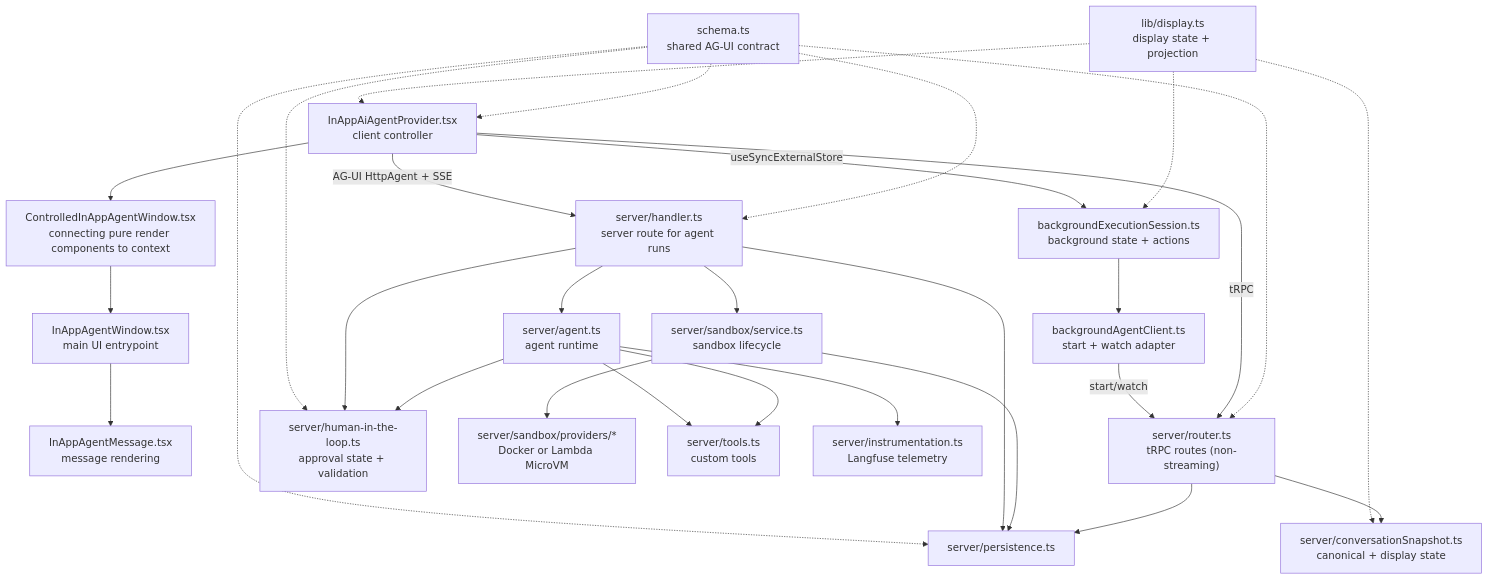
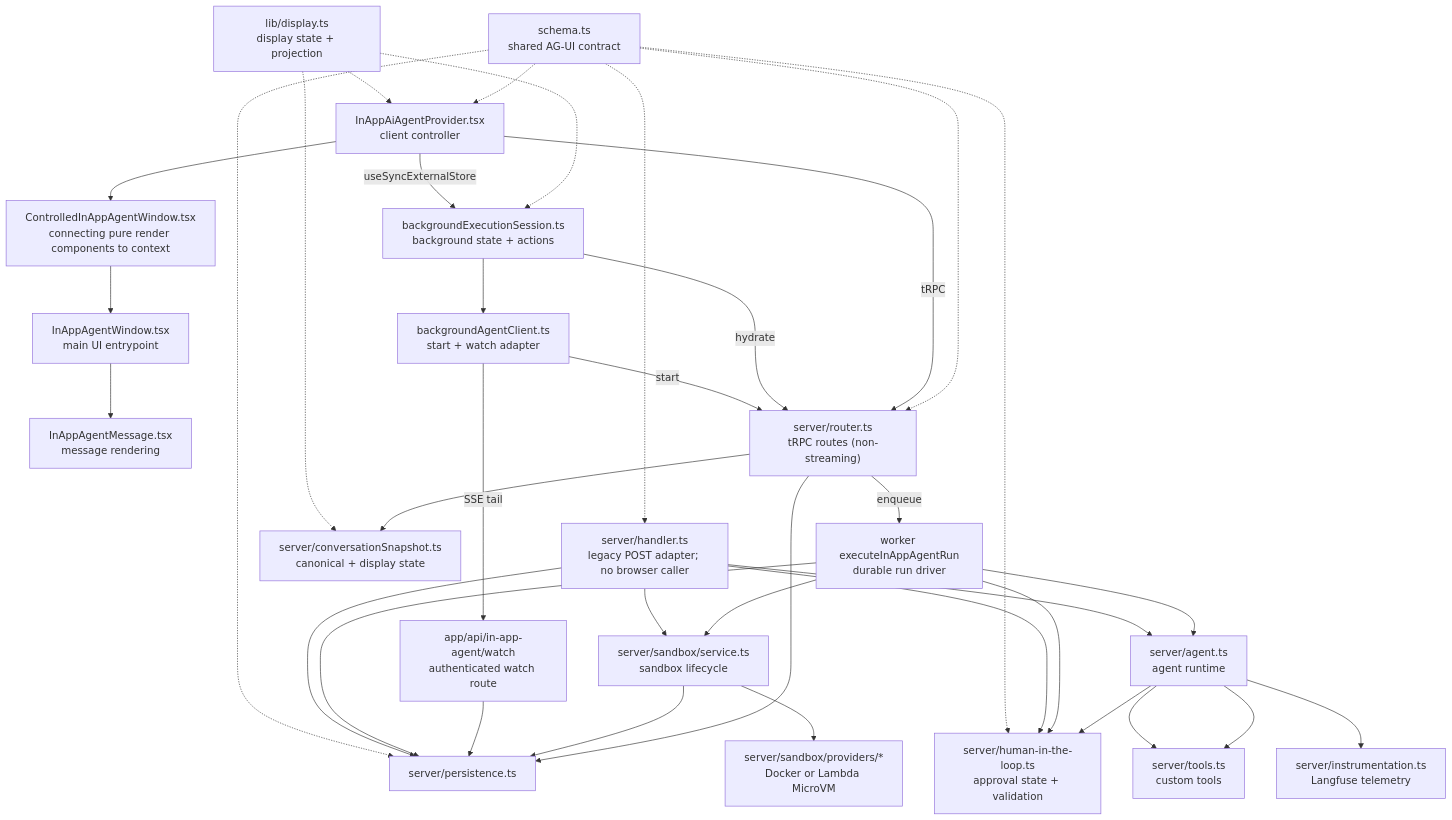
Before and after one commit to langfuse/langfuse: the diagram in web/src/features/in-app-agent/README.md, drawn with Mermaid. The commit also changed other lines of this file and 1 other file, not shown here.

Commit message:
docs(in-app-agent): describe background-only browser rollout

````diff
--- a/web/src/features/in-app-agent/README.md
+++ b/web/src/features/in-app-agent/README.md
@@ -69,35 +58,43 @@
 ```mermaid
 flowchart TB
   Provider["InAppAiAgentProvider.tsx\nclient controller"]
   Provider --> Controlled["ControlledInAppAgentWindow.tsx\nconnecting pure render components to context"]
   Controlled --> Window["InAppAgentWindow.tsx\nmain UI entrypoint"]
   Window --> Message["InAppAgentMessage.tsx\nmessage rendering"]
 
-  Provider -->|AG-UI HttpAgent + SSE| Handler["server/handler.ts\nserver route for agent runs"]
+  Handler["server/handler.ts\nlegacy POST adapter; no browser caller"]
   Provider -->|useSyncExternalStore| Session["backgroundExecutionSession.ts\nbackground state + actions"]
   Session --> BackgroundClient["backgroundAgentClient.ts\nstart + watch adapter"]
   Display["lib/display.ts\ndisplay state + projection"] -.-> Provider
   Display -.-> Session
   Display -.-> Snapshot["server/conversationSnapshot.ts\ncanonical + display state"]
   Router --> Snapshot
-  BackgroundClient -->|start/watch| Router
+  BackgroundClient -->|start| Router
+  Session -->|hydrate| Router
+  BackgroundClient -->|SSE tail| Watch["app/api/in-app-agent/watch\nauthenticated watch route"]
   Provider -->|tRPC| Router["server/router.ts\ntRPC routes (non-streaming)"]
 
   Schema["schema.ts\nshared AG-UI contract"] -.-> Provider
   Schema -.-> Handler
   Schema -.-> HumanLoop["server/human-in-the-loop.ts\napproval state + validation"]
   Schema -.-> Router
   Schema -.-> Persistence["server/persistence.ts"]
 
   Handler --> Persistence
   Handler --> Sandbox["server/sandbox/service.ts\nsandbox lifecycle"]
   Handler --> Agent["server/agent.ts\nagent runtime"]
   Handler --> HumanLoop
+  Router -->|enqueue| Worker["worker executeInAppAgentRun\ndurable run driver"]
+  Worker --> Persistence
+  Worker --> Sandbox
+  Worker --> Agent
+  Worker --> HumanLoop
+  Watch --> Persistence
   Sandbox --> Persistence
   Sandbox --> Providers["server/sandbox/providers/*\nDocker or Lambda MicroVM"]
   Agent --> HumanLoop
   Agent --> Tools["server/tools.ts\ncustom tools"]
   Agent --> Tools
   Agent --> Instrumentation["server/instrumentation.ts\nLangfuse telemetry"]
   Router --> Persistence
 ```
````
